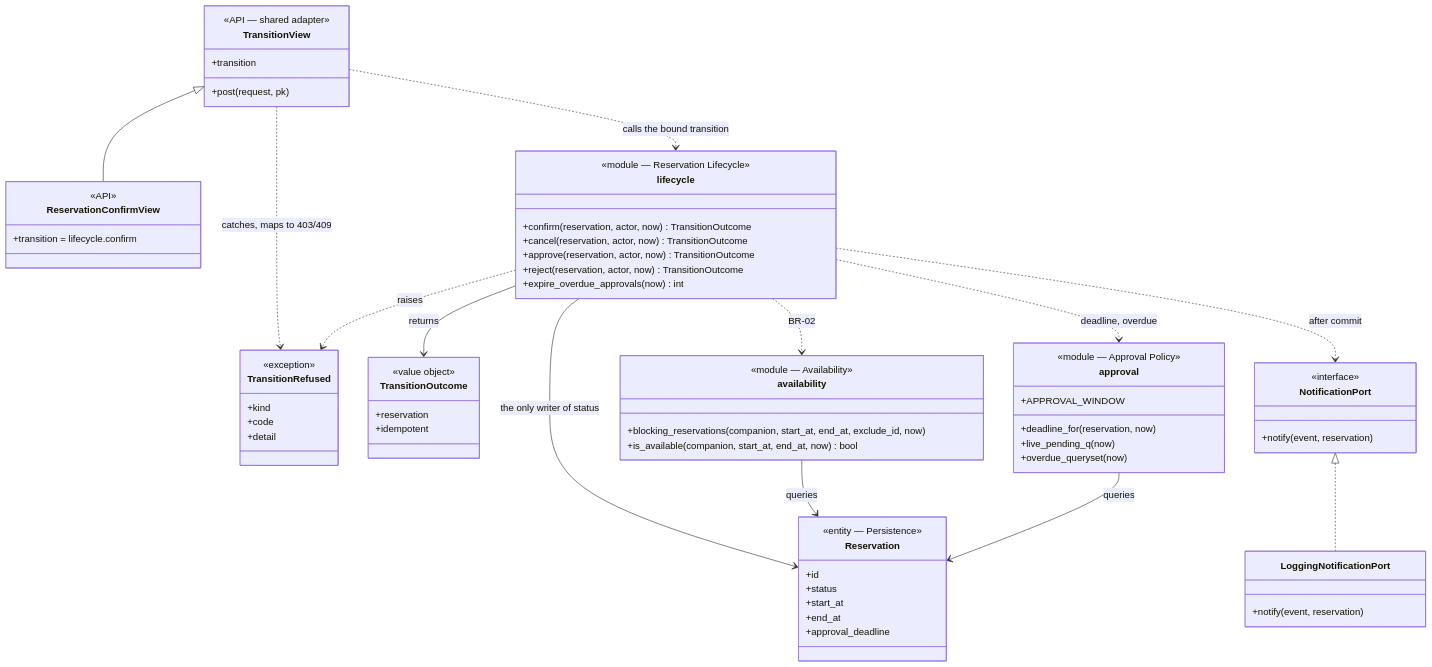
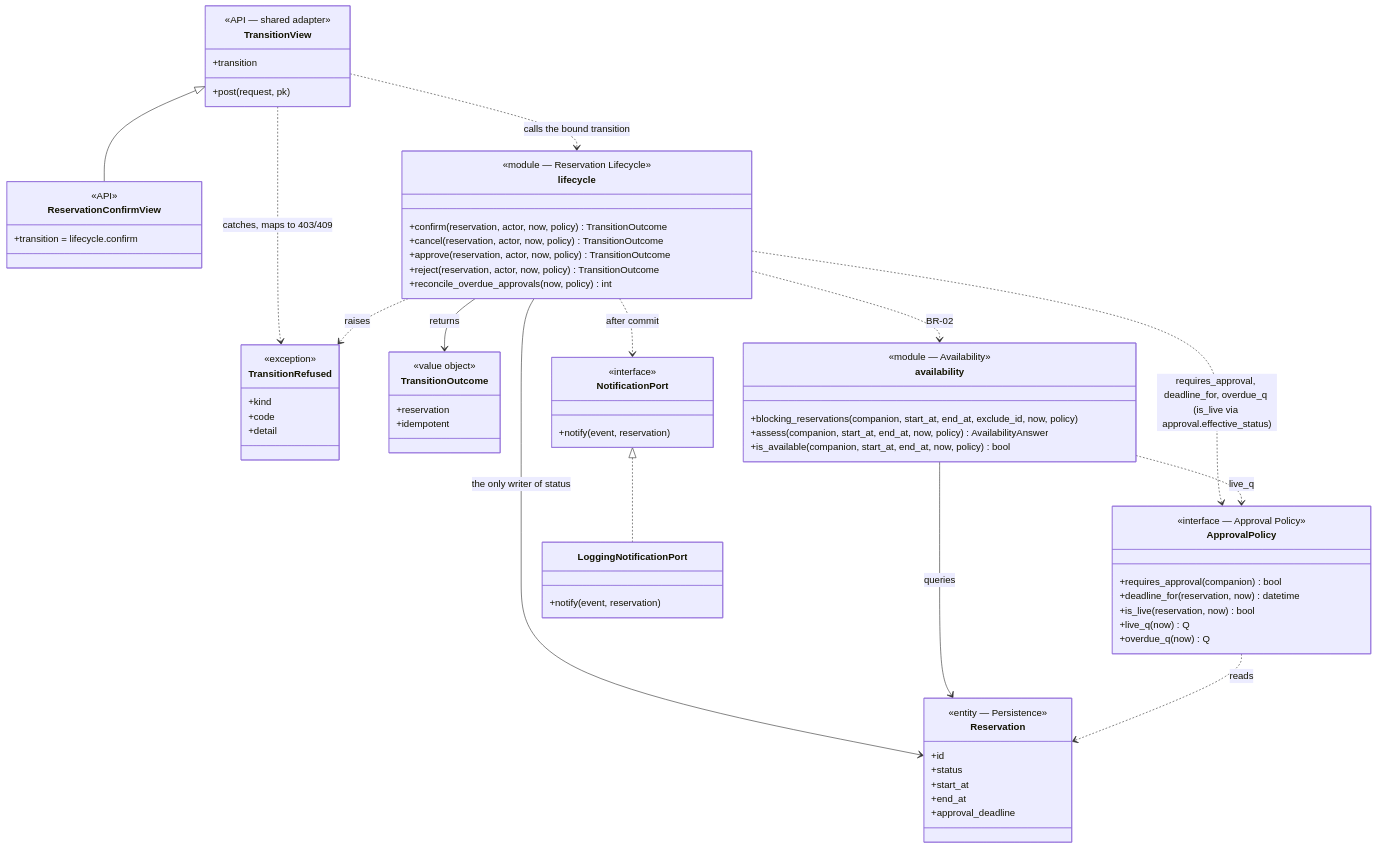
The eighth of 10 diagrams in docs/architecture-and-decisions.md (palcat13/SWI-Projekt), drawn with Mermaid before and after one commit. The commit also changed other lines of this file and 11 other files, not shown here.

````diff
--- a/docs/architecture-and-decisions.md
+++ b/docs/architecture-and-decisions.md
@@ -719,71 +787,74 @@
 ```mermaid
 classDiagram
   class TransitionView {
     <<API — shared adapter>>
     +transition
     +post(request, pk)
   }
   class ReservationConfirmView {
     <<API>>
     +transition = lifecycle.confirm
   }
   class lifecycle {
     <<module — Reservation Lifecycle>>
-    +confirm(reservation, actor, now) TransitionOutcome
-    +cancel(reservation, actor, now) TransitionOutcome
-    +approve(reservation, actor, now) TransitionOutcome
-    +reject(reservation, actor, now) TransitionOutcome
-    +expire_overdue_approvals(now) int
+    +confirm(reservation, actor, now, policy) TransitionOutcome
+    +cancel(reservation, actor, now, policy) TransitionOutcome
+    +approve(reservation, actor, now, policy) TransitionOutcome
+    +reject(reservation, actor, now, policy) TransitionOutcome
+    +reconcile_overdue_approvals(now, policy) int
   }
   class TransitionRefused {
     <<exception>>
     +kind
     +code
     +detail
   }
   class TransitionOutcome {
     <<value object>>
     +reservation
     +idempotent
   }
   class availability {
     <<module — Availability>>
-    +blocking_reservations(companion, start_at, end_at, exclude_id, now)
-    +is_available(companion, start_at, end_at, now) bool
+    +blocking_reservations(companion, start_at, end_at, exclude_id, now, policy)
+    +assess(companion, start_at, end_at, now, policy) AvailabilityAnswer
+    +is_available(companion, start_at, end_at, now, policy) bool
   }
-  class approval {
-    <<module — Approval Policy>>
-    +APPROVAL_WINDOW
-    +deadline_for(reservation, now)
-    +live_pending_q(now)
-    +overdue_queryset(now)
+  class ApprovalPolicy {
+    <<interface — Approval Policy>>
+    +requires_approval(companion) bool
+    +deadline_for(reservation, now) datetime
+    +is_live(reservation, now) bool
+    +live_q(now) Q
+    +overdue_q(now) Q
   }
   class NotificationPort {
     <<interface>>
     +notify(event, reservation)
   }
   class LoggingNotificationPort {
     +notify(event, reservation)
   }
   class Reservation {
     <<entity — Persistence>>
     +id
     +status
     +start_at
     +end_at
     +approval_deadline
   }
 
   TransitionView <|-- ReservationConfirmView
   TransitionView ..> lifecycle : calls the bound transition
   TransitionView ..> TransitionRefused : catches, maps to 403/409
   lifecycle ..> availability : BR-02
-  lifecycle ..> approval : deadline, overdue
+  lifecycle ..> ApprovalPolicy : requires_approval, deadline_for, overdue_q (is_live via approval.effective_status)
+  availability ..> ApprovalPolicy : live_q
   lifecycle ..> NotificationPort : after commit
   lifecycle --> TransitionOutcome : returns
   lifecycle ..> TransitionRefused : raises
   lifecycle --> Reservation : the only writer of status
   availability --> Reservation : queries
-  approval --> Reservation : queries
+  ApprovalPolicy ..> Reservation : reads
   NotificationPort <|.. LoggingNotificationPort
 ```
````
